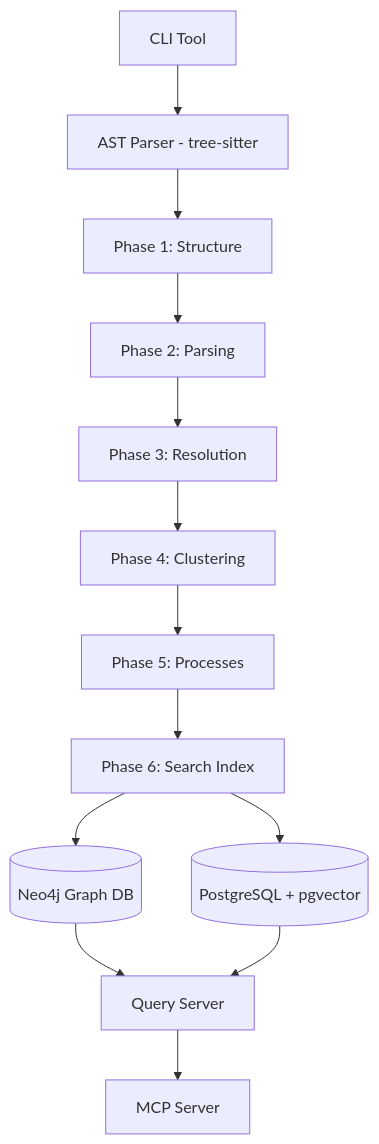
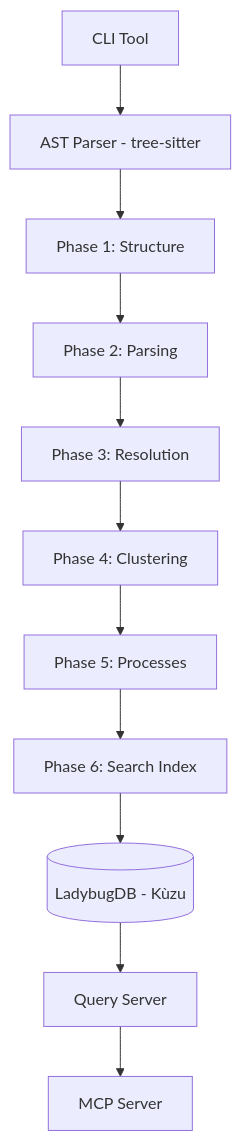
One commit to stevehogo/typocop changed the diagram in README.md. Above: the diagram before and after it, drawn with Mermaid. The commit also changed other lines of this file and 141 other files, not shown here.

````diff
--- a/README.md
+++ b/README.md
@@ -18,18 +18,16 @@
 ```mermaid
 graph TD
     CLI[CLI Tool] --> Parser[AST Parser - tree-sitter]
     Parser --> Phase1[Phase 1: Structure]
     Phase1 --> Phase2[Phase 2: Parsing]
     Phase2 --> Phase3[Phase 3: Resolution]
     Phase3 --> Phase4[Phase 4: Clustering]
     Phase4 --> Phase5[Phase 5: Processes]
     Phase5 --> Phase6[Phase 6: Search Index]
 
-    Phase6 --> GraphDB[(Neo4j Graph DB)]
-    Phase6 --> VectorDB[(PostgreSQL + pgvector)]
+    Phase6 --> LadybugDB[(LadybugDB - Kùzu)]
 
-    GraphDB --> QueryServer[Query Server]
-    VectorDB --> QueryServer
+    LadybugDB --> QueryServer[Query Server]
 
     QueryServer --> MCPServer[MCP Server]
 ```
````
